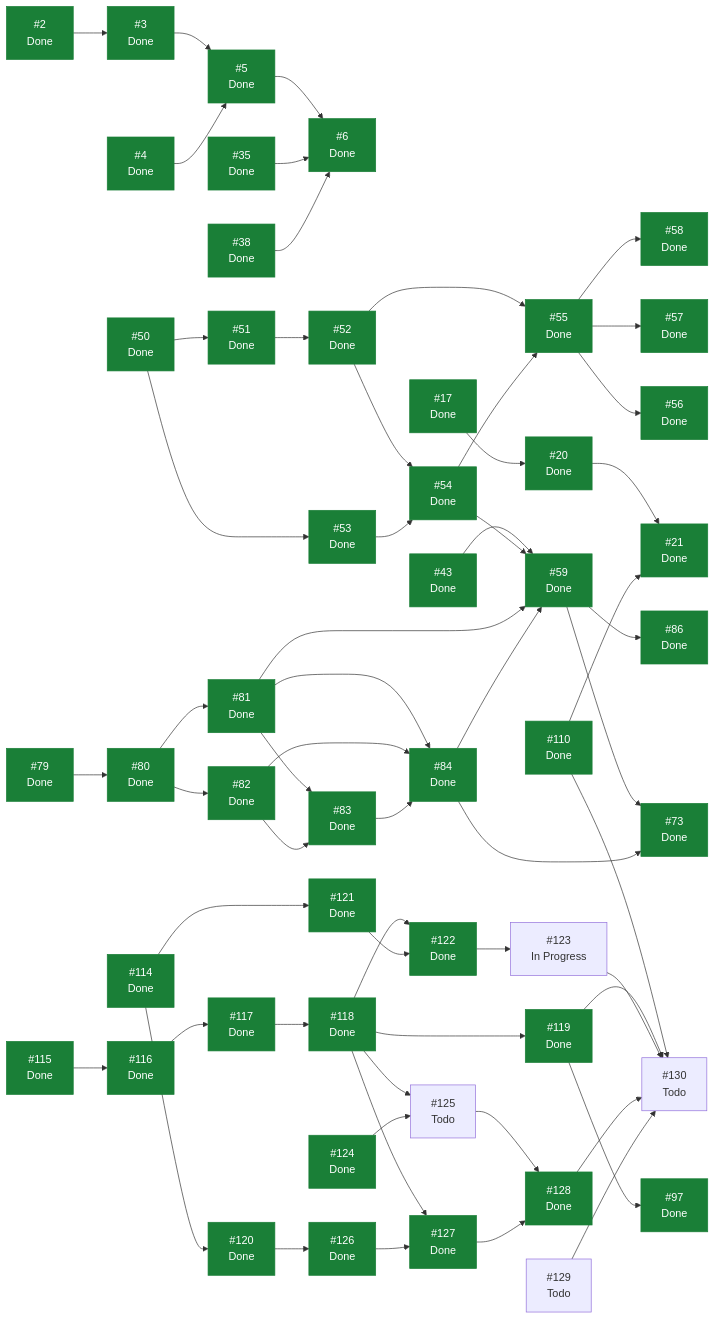
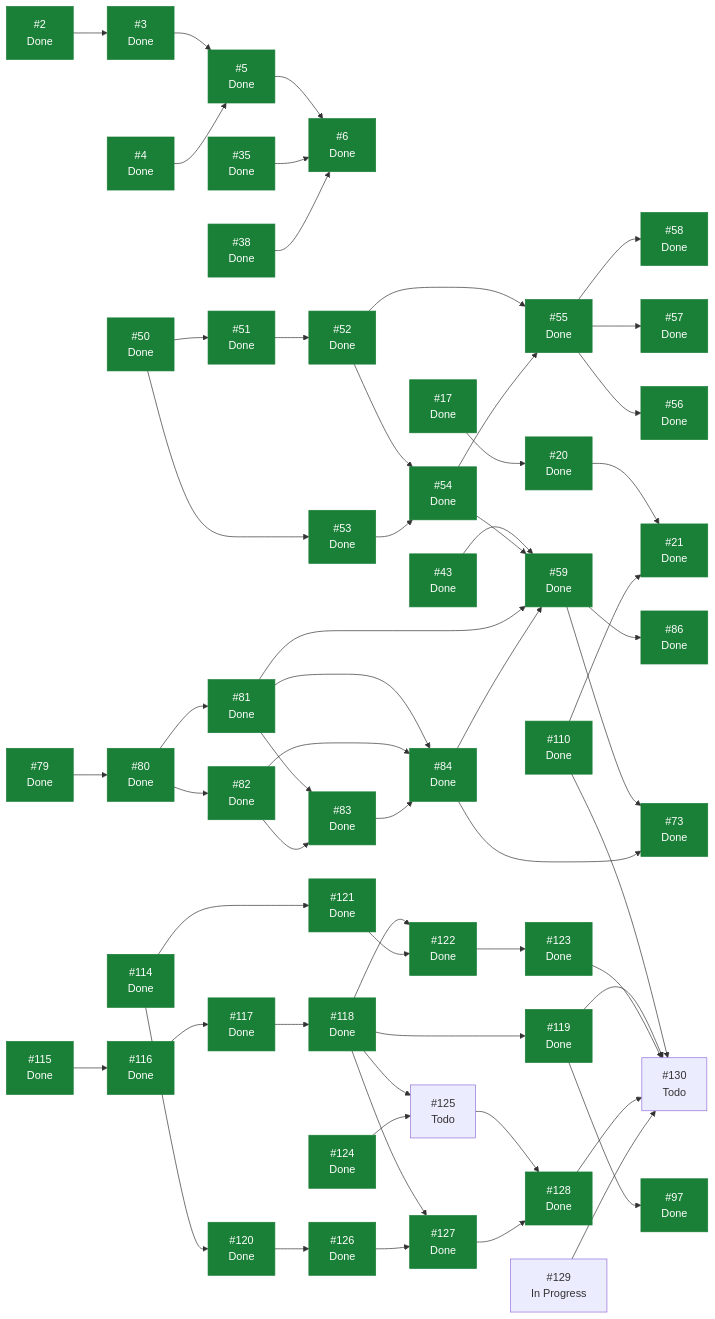
Before and after one commit to ecamp0s/evault: the diagram in docs/planning/STATUS.md, drawn with Mermaid. The commit also changed other lines of this file, not shown here.

````diff
--- a/docs/planning/STATUS.md
+++ b/docs/planning/STATUS.md
@@ -174,13 +173,13 @@
   I120["#120<br/>Done"]
   I121["#121<br/>Done"]
   I122["#122<br/>Done"]
-  I123["#123<br/>In Progress"]
+  I123["#123<br/>Done"]
   I124["#124<br/>Done"]
   I125["#125<br/>Todo"]
   I126["#126<br/>Done"]
   I127["#127<br/>Done"]
   I128["#128<br/>Done"]
-  I129["#129<br/>Todo"]
+  I129["#129<br/>In Progress"]
   I130["#130<br/>Todo"]
   I2 --> I3
   I3 --> I5
@@ -239,5 +238,5 @@
   I128 --> I130
   I129 --> I130
   classDef hecho fill:#1a7f37,stroke:#1a7f37,color:#fff;
-  class I2,I3,I4,I5,I6,I17,I20,I21,I35,I38,I43,I50,I51,I52,I53,I54,I55,I56,I57,I58,I59,I73,I79,I80,I81,I82,I83,I84,I86,I97,I110,I114,I115,I116,I117,I118,I119,I120,I121,I122,I124,I126,I127,I128 hecho;
+  class I2,I3,I4,I5,I6,I17,I20,I21,I35,I38,I43,I50,I51,I52,I53,I54,I55,I56,I57,I58,I59,I73,I79,I80,I81,I82,I83,I84,I86,I97,I110,I114,I115,I116,I117,I118,I119,I120,I121,I122,I123,I124,I126,I127,I128 hecho;
 ```
````
